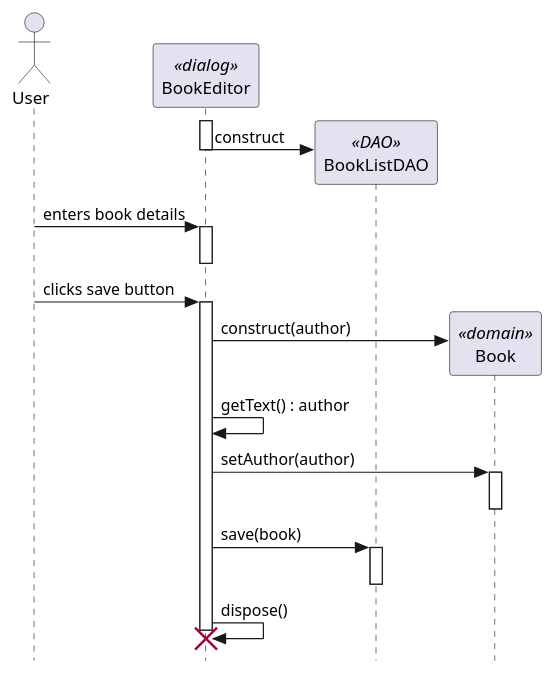
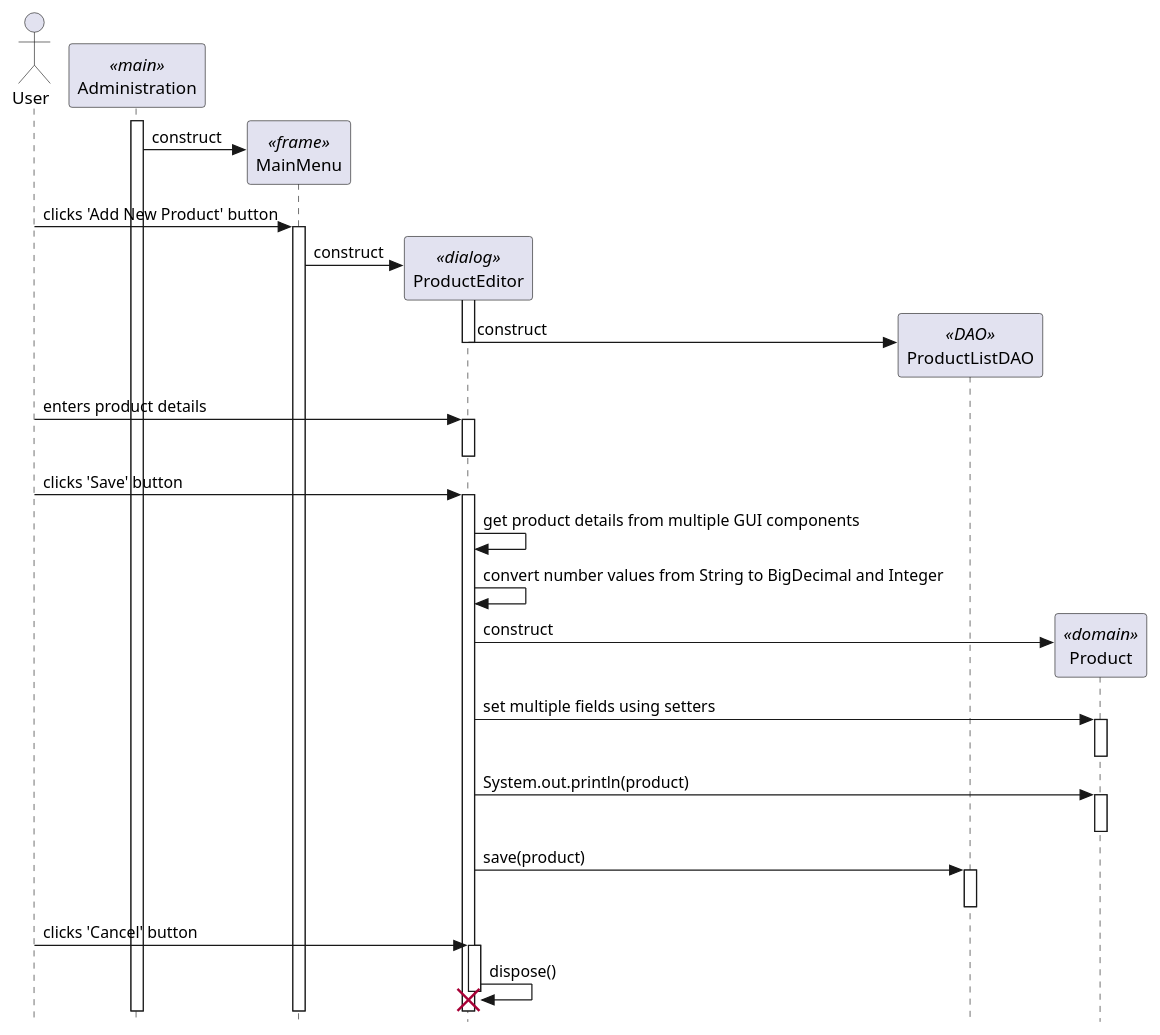
The diagram in addNewProduct.puml (nikolahmcwin/shoppingSystem-info202), drawn with PlantUML before and after one commit.

Commit message:
First draft of use case adding product. References #6

```diff
--- a/addNewProduct.puml
+++ b/addNewProduct.puml
@@ -1,48 +1,56 @@
 @startuml
 
 ' use strict UML mode
 skinparam style strictuml
 
 actor "User" as user
-participant "BookEditor" as editor <<dialog>>
-'participant "Book" as book <<domain>>
 
+' create main adminstration 
+participant "Administration" as main <<main>>
+main++
+
+' create main menu frame
+create "MainMenu" as menu <<frame>>
+main -> menu : construct
+
+user -> menu++ : clicks 'Add New Product' button
+
+' create product editor dialog
+create "ProductEditor" as editor <<dialog>>
+menu -> editor : construct
 
 ' activate editor constructor
 editor++
 
 ' create a DAO
-create "BookListDAO" as dao <<DAO>>
+create "ProductListDAO" as dao <<DAO>>
 editor -> dao : construct 
 editor--
 
+' user enters product details and clicks the save product button
+user -> editor++ : enters product details
+editor--
+user -> editor++ : clicks 'Save' button
 
-user -> editor++ : enters book details
-editor--
+editor -> editor : get product details from multiple GUI components
+editor -> editor : convert number values from String to BigDecimal and Integer
 
-user -> editor++ : clicks save button
+' create a Product
+create "Product" as product <<domain>>
+editor -> product : construct
 
-'editor -> book : getName()
-'return name
+editor -> product++ : set multiple fields using setters
+product-- 
 
-create "Book" as book <<domain>>
-editor -> book : construct(author)
+editor -> product++ : System.out.println(product)
+product--
 
-'editor -> book++ : setAuthor(author)
-'book--
-
-editor -> editor : getText() : author
-
-editor -> book++ : setAuthor(author)
-book--
-
-editor -> dao++ : save(book)
-
+editor -> dao++ : save(product)
 dao--
 
-
 ' dispose dialog
+user -> editor++ : clicks 'Cancel' button
 editor -> editor : dispose()
 destroy editor
 
 @enduml
```
